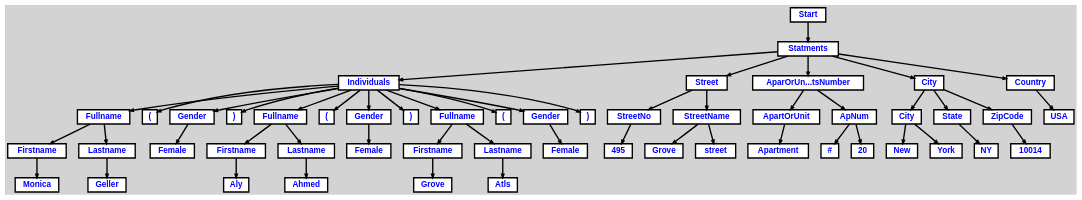
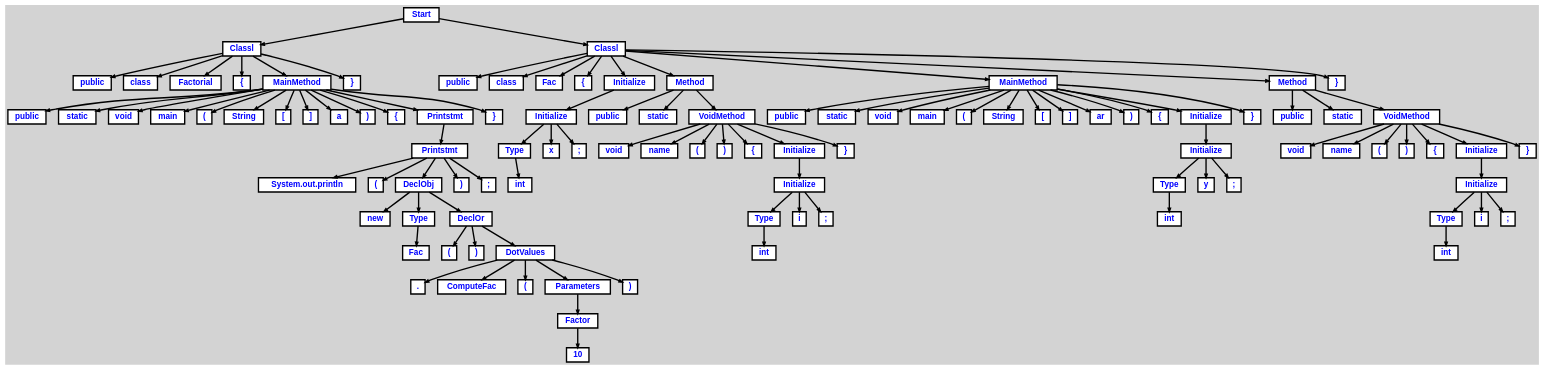
Before and after one commit to Elshimymahmoud/Mini-Java_Compiler: the diagram in AntlrLab3BGUI - Students/Dot.dot, drawn with Graphviz. The commit also changed 52 other files, not shown here.

```diff
--- a/AntlrLab3BGUI - Students/Dot.dot
+++ b/AntlrLab3BGUI - Students/Dot.dot
@@ -7,133 +7,240 @@
 	edge [arrowsize=.5, color="black", style="bold"]
 
   n0 [label="Start"];
-  n1 [label="Statments"];
-  n1 [label="Statments"];
-  n2 [label="Individuals"];
-  n2 [label="Individuals"];
-  n3 [label="Fullname"];
-  n3 [label="Fullname"];
-  n4 [label="Firstname"];
-  n4 [label="Firstname"];
-  n5 [label="Monica"];
-  n6 [label="Lastname"];
-  n6 [label="Lastname"];
-  n7 [label="Geller"];
-  n8 [label="("];
-  n9 [label="Gender"];
-  n9 [label="Gender"];
-  n10 [label="Female"];
-  n11 [label=")"];
-  n12 [label="Fullname"];
-  n12 [label="Fullname"];
-  n13 [label="Firstname"];
-  n13 [label="Firstname"];
-  n14 [label="Aly"];
-  n15 [label="Lastname"];
-  n15 [label="Lastname"];
-  n16 [label="Ahmed"];
-  n17 [label="("];
-  n18 [label="Gender"];
-  n18 [label="Gender"];
-  n19 [label="Female"];
-  n20 [label=")"];
-  n21 [label="Fullname"];
-  n21 [label="Fullname"];
-  n22 [label="Firstname"];
-  n22 [label="Firstname"];
-  n23 [label="Grove"];
-  n24 [label="Lastname"];
-  n24 [label="Lastname"];
-  n25 [label="Atls"];
-  n26 [label="("];
-  n27 [label="Gender"];
-  n27 [label="Gender"];
-  n28 [label="Female"];
-  n29 [label=")"];
-  n30 [label="Street"];
-  n30 [label="Street"];
-  n31 [label="StreetNo"];
-  n31 [label="StreetNo"];
-  n32 [label="495"];
-  n33 [label="StreetName"];
-  n33 [label="StreetName"];
-  n34 [label="Grove"];
-  n35 [label="street"];
-  n36 [label="AparOrUn...tsNumber"];
-  n36 [label="AparOrUn...tsNumber"];
-  n37 [label="ApartOrUnit"];
-  n37 [label="ApartOrUnit"];
-  n38 [label="Apartment"];
-  n39 [label="ApNum"];
-  n39 [label="ApNum"];
-  n40 [label="#"];
-  n41 [label="20"];
-  n42 [label="City"];
-  n42 [label="City"];
-  n43 [label="City"];
-  n43 [label="City"];
-  n44 [label="New"];
-  n45 [label="York"];
-  n46 [label="State"];
-  n46 [label="State"];
-  n47 [label="NY"];
-  n48 [label="ZipCode"];
-  n48 [label="ZipCode"];
-  n49 [label="10014"];
-  n50 [label="Country"];
-  n50 [label="Country"];
-  n51 [label="USA"];
+  n1 [label="Classl"];
+  n1 [label="Classl"];
+  n2 [label="public"];
+  n3 [label="class"];
+  n4 [label="Factorial"];
+  n5 [label="{"];
+  n6 [label="MainMethod"];
+  n6 [label="MainMethod"];
+  n7 [label="public"];
+  n8 [label="static"];
+  n9 [label="void"];
+  n10 [label="main"];
+  n11 [label="("];
+  n12 [label="String"];
+  n13 [label="["];
+  n14 [label="]"];
+  n15 [label="a"];
+  n16 [label=")"];
+  n17 [label="{"];
+  n18 [label="Printstmt"];
+  n18 [label="Printstmt"];
+  n19 [label="Printstmt"];
+  n19 [label="Printstmt"];
+  n20 [label="System.out.println"];
+  n21 [label="("];
+  n22 [label="DeclObj"];
+  n22 [label="DeclObj"];
+  n23 [label="new"];
+  n24 [label="Type"];
+  n24 [label="Type"];
+  n25 [label="Fac"];
+  n26 [label="DeclOr"];
+  n26 [label="DeclOr"];
+  n27 [label="("];
+  n28 [label=")"];
+  n29 [label="DotValues"];
+  n29 [label="DotValues"];
+  n30 [label="."];
+  n31 [label="ComputeFac"];
+  n32 [label="("];
+  n33 [label="Parameters"];
+  n33 [label="Parameters"];
+  n34 [label="Factor"];
+  n34 [label="Factor"];
+  n35 [label="10"];
+  n36 [label=")"];
+  n37 [label=")"];
+  n38 [label=";"];
+  n39 [label="}"];
+  n40 [label="}"];
+  n41 [label="Classl"];
+  n41 [label="Classl"];
+  n42 [label="public"];
+  n43 [label="class"];
+  n44 [label="Fac"];
+  n45 [label="{"];
+  n46 [label="Initialize"];
+  n46 [label="Initialize"];
+  n47 [label="Initialize"];
+  n47 [label="Initialize"];
+  n48 [label="Type"];
+  n48 [label="Type"];
+  n49 [label="int"];
+  n50 [label="x"];
+  n51 [label=";"];
+  n52 [label="Method"];
+  n52 [label="Method"];
+  n53 [label="public"];
+  n54 [label="static"];
+  n55 [label="VoidMethod"];
+  n55 [label="VoidMethod"];
+  n56 [label="void"];
+  n57 [label="name"];
+  n58 [label="("];
+  n59 [label=")"];
+  n60 [label="{"];
+  n61 [label="Initialize"];
+  n61 [label="Initialize"];
+  n62 [label="Initialize"];
+  n62 [label="Initialize"];
+  n63 [label="Type"];
+  n63 [label="Type"];
+  n64 [label="int"];
+  n65 [label="i"];
+  n66 [label=";"];
+  n67 [label="}"];
+  n68 [label="MainMethod"];
+  n68 [label="MainMethod"];
+  n69 [label="public"];
+  n70 [label="static"];
+  n71 [label="void"];
+  n72 [label="main"];
+  n73 [label="("];
+  n74 [label="String"];
+  n75 [label="["];
+  n76 [label="]"];
+  n77 [label="ar"];
+  n78 [label=")"];
+  n79 [label="{"];
+  n80 [label="Initialize"];
+  n80 [label="Initialize"];
+  n81 [label="Initialize"];
+  n81 [label="Initialize"];
+  n82 [label="Type"];
+  n82 [label="Type"];
+  n83 [label="int"];
+  n84 [label="y"];
+  n85 [label=";"];
+  n86 [label="}"];
+  n87 [label="Method"];
+  n87 [label="Method"];
+  n88 [label="public"];
+  n89 [label="static"];
+  n90 [label="VoidMethod"];
+  n90 [label="VoidMethod"];
+  n91 [label="void"];
+  n92 [label="name"];
+  n93 [label="("];
+  n94 [label=")"];
+  n95 [label="{"];
+  n96 [label="Initialize"];
+  n96 [label="Initialize"];
+  n97 [label="Initialize"];
+  n97 [label="Initialize"];
+  n98 [label="Type"];
+  n98 [label="Type"];
+  n99 [label="int"];
+  n100 [label="i"];
+  n101 [label=";"];
+  n102 [label="}"];
+  n103 [label="}"];
 
-  n0 -> n1 // "Start" -> "Statments"
-  n1 -> n2 // "Statments" -> "Individuals"
-  n2 -> n3 // "Individuals" -> "Fullname"
-  n3 -> n4 // "Fullname" -> "Firstname"
-  n4 -> n5 // "Firstname" -> "Monica"
-  n3 -> n6 // "Fullname" -> "Lastname"
-  n6 -> n7 // "Lastname" -> "Geller"
-  n2 -> n8 // "Individuals" -> "("
-  n2 -> n9 // "Individuals" -> "Gender"
-  n9 -> n10 // "Gender" -> "Female"
-  n2 -> n11 // "Individuals" -> ")"
-  n2 -> n12 // "Individuals" -> "Fullname"
-  n12 -> n13 // "Fullname" -> "Firstname"
-  n13 -> n14 // "Firstname" -> "Aly"
-  n12 -> n15 // "Fullname" -> "Lastname"
-  n15 -> n16 // "Lastname" -> "Ahmed"
-  n2 -> n17 // "Individuals" -> "("
-  n2 -> n18 // "Individuals" -> "Gender"
-  n18 -> n19 // "Gender" -> "Female"
-  n2 -> n20 // "Individuals" -> ")"
-  n2 -> n21 // "Individuals" -> "Fullname"
-  n21 -> n22 // "Fullname" -> "Firstname"
-  n22 -> n23 // "Firstname" -> "Grove"
-  n21 -> n24 // "Fullname" -> "Lastname"
-  n24 -> n25 // "Lastname" -> "Atls"
-  n2 -> n26 // "Individuals" -> "("
-  n2 -> n27 // "Individuals" -> "Gender"
-  n27 -> n28 // "Gender" -> "Female"
-  n2 -> n29 // "Individuals" -> ")"
-  n1 -> n30 // "Statments" -> "Street"
-  n30 -> n31 // "Street" -> "StreetNo"
-  n31 -> n32 // "StreetNo" -> "495"
-  n30 -> n33 // "Street" -> "StreetName"
-  n33 -> n34 // "StreetName" -> "Grove"
-  n33 -> n35 // "StreetName" -> "street"
-  n1 -> n36 // "Statments" -> "AparOrUn...tsNumber"
-  n36 -> n37 // "AparOrUn...tsNumber" -> "ApartOrUnit"
-  n37 -> n38 // "ApartOrUnit" -> "Apartment"
-  n36 -> n39 // "AparOrUn...tsNumber" -> "ApNum"
-  n39 -> n40 // "ApNum" -> "#"
-  n39 -> n41 // "ApNum" -> "20"
-  n1 -> n42 // "Statments" -> "City"
-  n42 -> n43 // "City" -> "City"
-  n43 -> n44 // "City" -> "New"
-  n43 -> n45 // "City" -> "York"
-  n42 -> n46 // "City" -> "State"
-  n46 -> n47 // "State" -> "NY"
-  n42 -> n48 // "City" -> "ZipCode"
-  n48 -> n49 // "ZipCode" -> "10014"
-  n1 -> n50 // "Statments" -> "Country"
-  n50 -> n51 // "Country" -> "USA"
+  n0 -> n1 // "Start" -> "Classl"
+  n1 -> n2 // "Classl" -> "public"
+  n1 -> n3 // "Classl" -> "class"
+  n1 -> n4 // "Classl" -> "Factorial"
+  n1 -> n5 // "Classl" -> "{"
+  n1 -> n6 // "Classl" -> "MainMethod"
+  n6 -> n7 // "MainMethod" -> "public"
+  n6 -> n8 // "MainMethod" -> "static"
+  n6 -> n9 // "MainMethod" -> "void"
+  n6 -> n10 // "MainMethod" -> "main"
+  n6 -> n11 // "MainMethod" -> "("
+  n6 -> n12 // "MainMethod" -> "String"
+  n6 -> n13 // "MainMethod" -> "["
+  n6 -> n14 // "MainMethod" -> "]"
+  n6 -> n15 // "MainMethod" -> "a"
+  n6 -> n16 // "MainMethod" -> ")"
+  n6 -> n17 // "MainMethod" -> "{"
+  n6 -> n18 // "MainMethod" -> "Printstmt"
+  n18 -> n19 // "Printstmt" -> "Printstmt"
+  n19 -> n20 // "Printstmt" -> "System.out.println"
+  n19 -> n21 // "Printstmt" -> "("
+  n19 -> n22 // "Printstmt" -> "DeclObj"
+  n22 -> n23 // "DeclObj" -> "new"
+  n22 -> n24 // "DeclObj" -> "Type"
+  n24 -> n25 // "Type" -> "Fac"
+  n22 -> n26 // "DeclObj" -> "DeclOr"
+  n26 -> n27 // "DeclOr" -> "("
+  n26 -> n28 // "DeclOr" -> ")"
+  n26 -> n29 // "DeclOr" -> "DotValues"
+  n29 -> n30 // "DotValues" -> "."
+  n29 -> n31 // "DotValues" -> "ComputeFac"
+  n29 -> n32 // "DotValues" -> "("
+  n29 -> n33 // "DotValues" -> "Parameters"
+  n33 -> n34 // "Parameters" -> "Factor"
+  n34 -> n35 // "Factor" -> "10"
+  n29 -> n36 // "DotValues" -> ")"
+  n19 -> n37 // "Printstmt" -> ")"
+  n19 -> n38 // "Printstmt" -> ";"
+  n6 -> n39 // "MainMethod" -> "}"
+  n1 -> n40 // "Classl" -> "}"
+  n0 -> n41 // "Start" -> "Classl"
+  n41 -> n42 // "Classl" -> "public"
+  n41 -> n43 // "Classl" -> "class"
+  n41 -> n44 // "Classl" -> "Fac"
+  n41 -> n45 // "Classl" -> "{"
+  n41 -> n46 // "Classl" -> "Initialize"
+  n46 -> n47 // "Initialize" -> "Initialize"
+  n47 -> n48 // "Initialize" -> "Type"
+  n48 -> n49 // "Type" -> "int"
+  n47 -> n50 // "Initialize" -> "x"
+  n47 -> n51 // "Initialize" -> ";"
+  n41 -> n52 // "Classl" -> "Method"
+  n52 -> n53 // "Method" -> "public"
+  n52 -> n54 // "Method" -> "static"
+  n52 -> n55 // "Method" -> "VoidMethod"
+  n55 -> n56 // "VoidMethod" -> "void"
+  n55 -> n57 // "VoidMethod" -> "name"
+  n55 -> n58 // "VoidMethod" -> "("
+  n55 -> n59 // "VoidMethod" -> ")"
+  n55 -> n60 // "VoidMethod" -> "{"
+  n55 -> n61 // "VoidMethod" -> "Initialize"
+  n61 -> n62 // "Initialize" -> "Initialize"
+  n62 -> n63 // "Initialize" -> "Type"
+  n63 -> n64 // "Type" -> "int"
+  n62 -> n65 // "Initialize" -> "i"
+  n62 -> n66 // "Initialize" -> ";"
+  n55 -> n67 // "VoidMethod" -> "}"
+  n41 -> n68 // "Classl" -> "MainMethod"
+  n68 -> n69 // "MainMethod" -> "public"
+  n68 -> n70 // "MainMethod" -> "static"
+  n68 -> n71 // "MainMethod" -> "void"
+  n68 -> n72 // "MainMethod" -> "main"
+  n68 -> n73 // "MainMethod" -> "("
+  n68 -> n74 // "MainMethod" -> "String"
+  n68 -> n75 // "MainMethod" -> "["
+  n68 -> n76 // "MainMethod" -> "]"
+  n68 -> n77 // "MainMethod" -> "ar"
+  n68 -> n78 // "MainMethod" -> ")"
+  n68 -> n79 // "MainMethod" -> "{"
+  n68 -> n80 // "MainMethod" -> "Initialize"
+  n80 -> n81 // "Initialize" -> "Initialize"
+  n81 -> n82 // "Initialize" -> "Type"
+  n82 -> n83 // "Type" -> "int"
+  n81 -> n84 // "Initialize" -> "y"
+  n81 -> n85 // "Initialize" -> ";"
+  n68 -> n86 // "MainMethod" -> "}"
+  n41 -> n87 // "Classl" -> "Method"
+  n87 -> n88 // "Method" -> "public"
+  n87 -> n89 // "Method" -> "static"
+  n87 -> n90 // "Method" -> "VoidMethod"
+  n90 -> n91 // "VoidMethod" -> "void"
+  n90 -> n92 // "VoidMethod" -> "name"
+  n90 -> n93 // "VoidMethod" -> "("
+  n90 -> n94 // "VoidMethod" -> ")"
+  n90 -> n95 // "VoidMethod" -> "{"
+  n90 -> n96 // "VoidMethod" -> "Initialize"
+  n96 -> n97 // "Initialize" -> "Initialize"
+  n97 -> n98 // "Initialize" -> "Type"
+  n98 -> n99 // "Type" -> "int"
+  n97 -> n100 // "Initialize" -> "i"
+  n97 -> n101 // "Initialize" -> ";"
+  n90 -> n102 // "VoidMethod" -> "}"
+  n41 -> n103 // "Classl" -> "}"
 
 }
```
